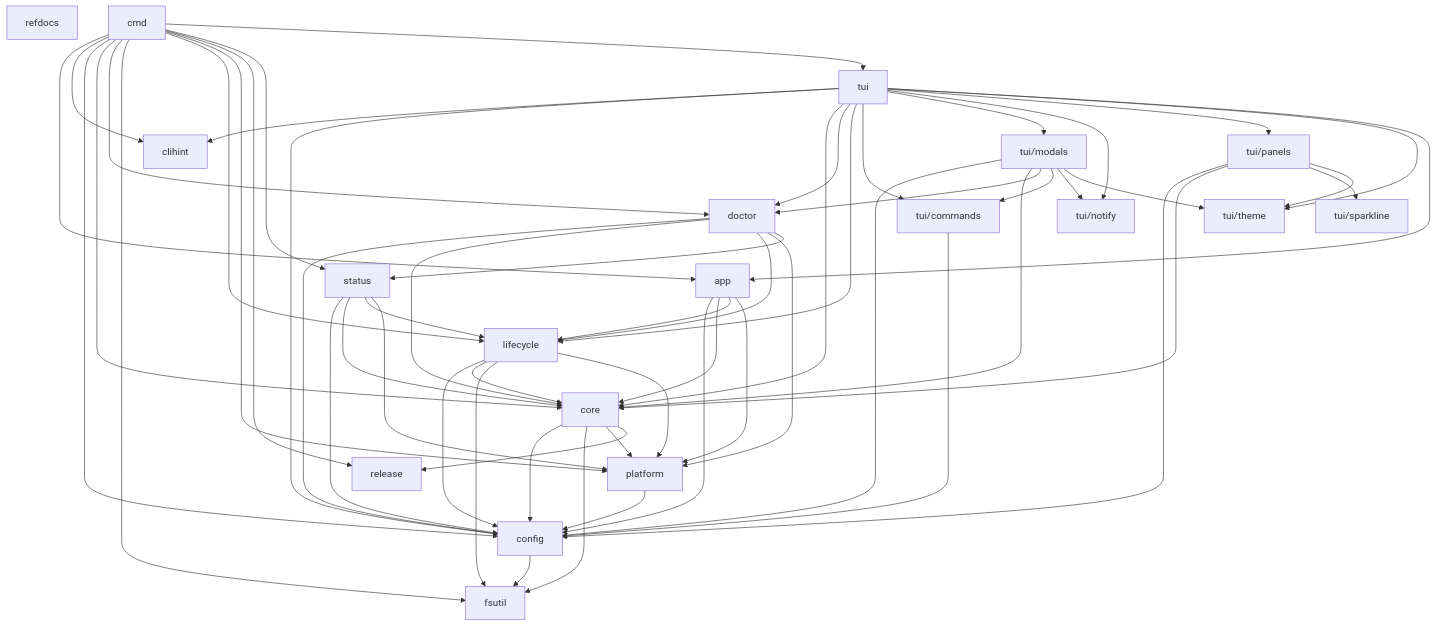
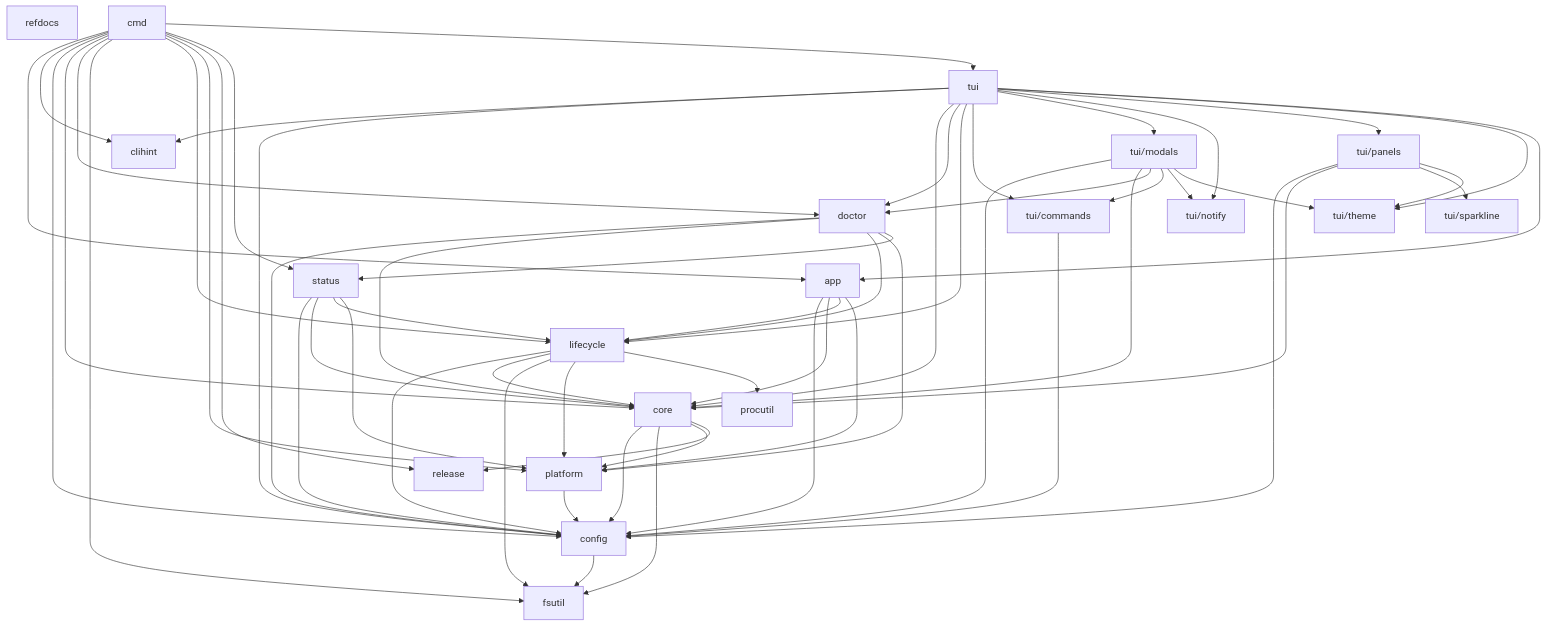
Before and after one commit to rtxnik/lazyray: the diagram in docs/ARCHITECTURE.md, drawn with Mermaid. The commit also changed 4 other files, not shown here.

Commit message:
refactor(lifecycle): delegate GracefulKill to procutil

```diff
--- a/docs/ARCHITECTURE.md
+++ b/docs/ARCHITECTURE.md
@@ -338,6 +338,7 @@
 graph TD
     config[config]
     fsutil[fsutil]
+    procutil[procutil]
     platform[platform]
     theme[tui/theme]
     notify[tui/notify]
@@ -366,6 +367,7 @@
     lifecycle --> core
     lifecycle --> fsutil
     lifecycle --> platform
+    lifecycle --> procutil
     status --> config
     status --> core
     status --> lifecycle
```
